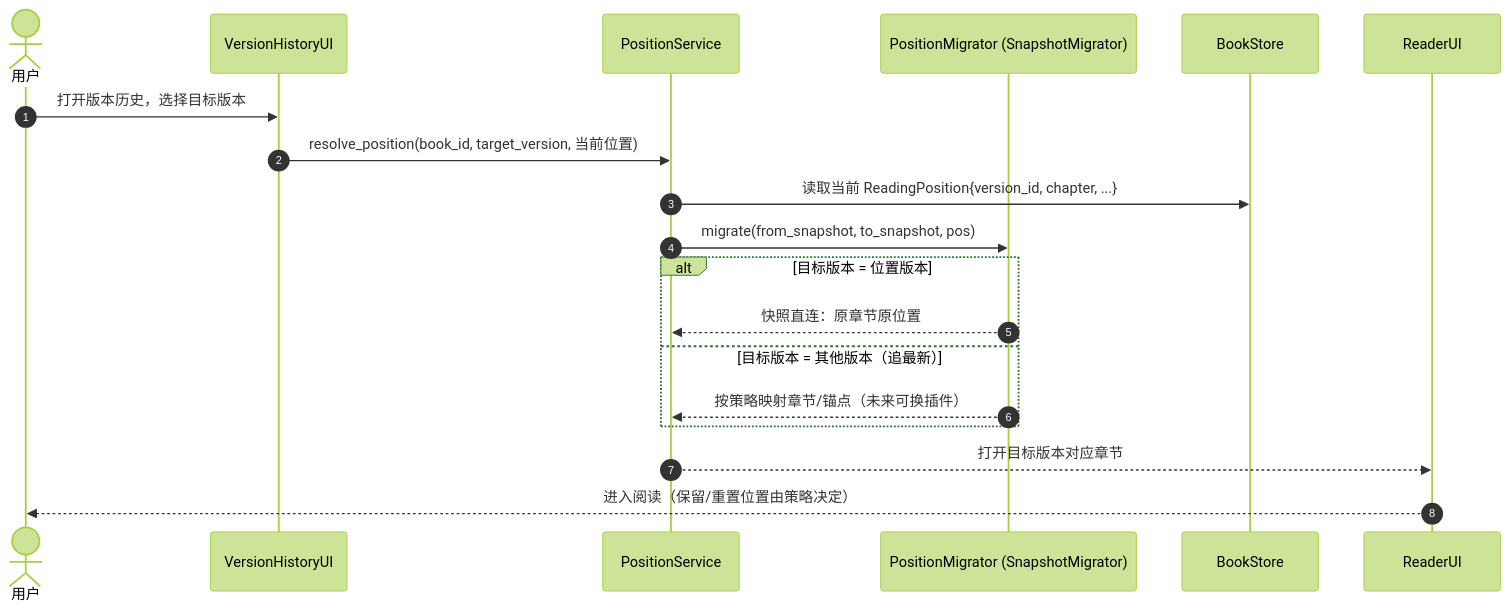
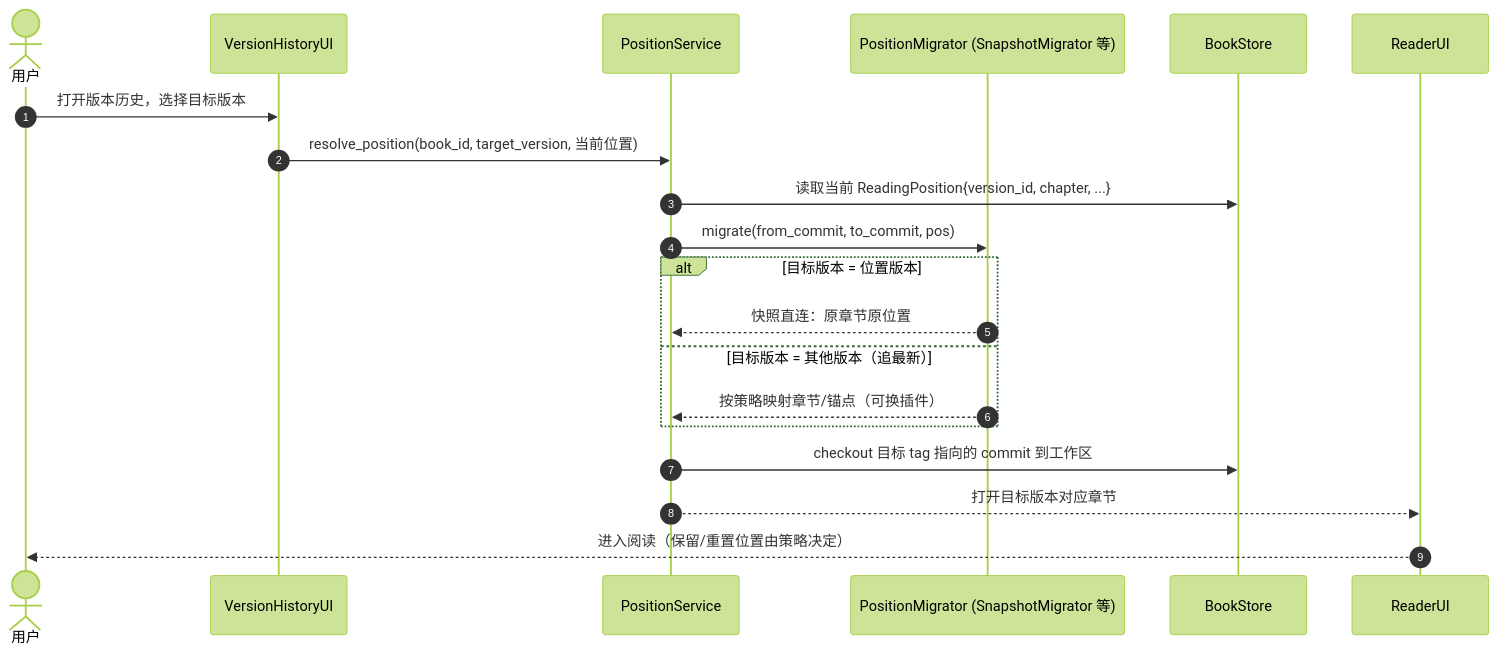
Before and after one commit to MNFConde/mdor: the fifth of 5 diagrams in doc/project.md, drawn with Mermaid (forest theme). The commit also changed other lines of this file and 1 other file, not shown here.

````diff
--- a/doc/project.md
+++ b/doc/project.md
@@ -368,22 +441,23 @@
 ```mermaid
 sequenceDiagram
     autonumber
     actor U as 用户
     participant VH as VersionHistoryUI
     participant PS as PositionService
-    participant MIG as PositionMigrator (SnapshotMigrator)
+    participant MIG as PositionMigrator (SnapshotMigrator 等)
     participant BS as BookStore
     participant RD as ReaderUI
 
     U->>VH: 打开版本历史，选择目标版本
     VH->>PS: resolve_position(book_id, target_version, 当前位置)
     PS->>BS: 读取当前 ReadingPosition{version_id, chapter, ...}
-    PS->>MIG: migrate(from_snapshot, to_snapshot, pos)
+    PS->>MIG: migrate(from_commit, to_commit, pos)
     alt 目标版本 = 位置版本
         MIG-->>PS: 快照直连：原章节原位置
     else 目标版本 = 其他版本（追最新）
-        MIG-->>PS: 按策略映射章节/锚点（未来可换插件）
+        MIG-->>PS: 按策略映射章节/锚点（可换插件）
     end
+    PS->>BS: checkout 目标 tag 指向的 commit 到工作区
     PS-->>RD: 打开目标版本对应章节
     RD-->>U: 进入阅读（保留/重置位置由策略决定）
 ```
````
